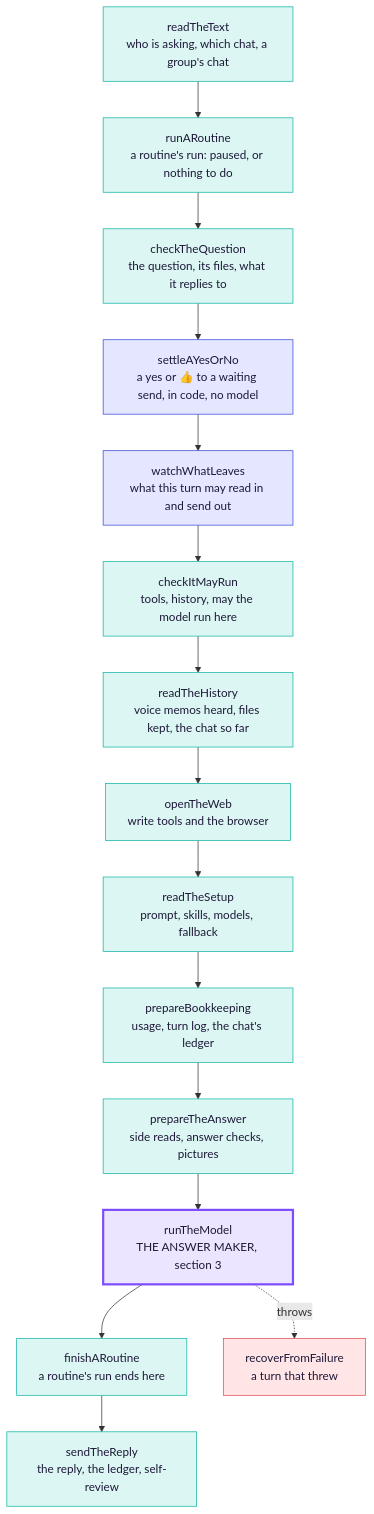
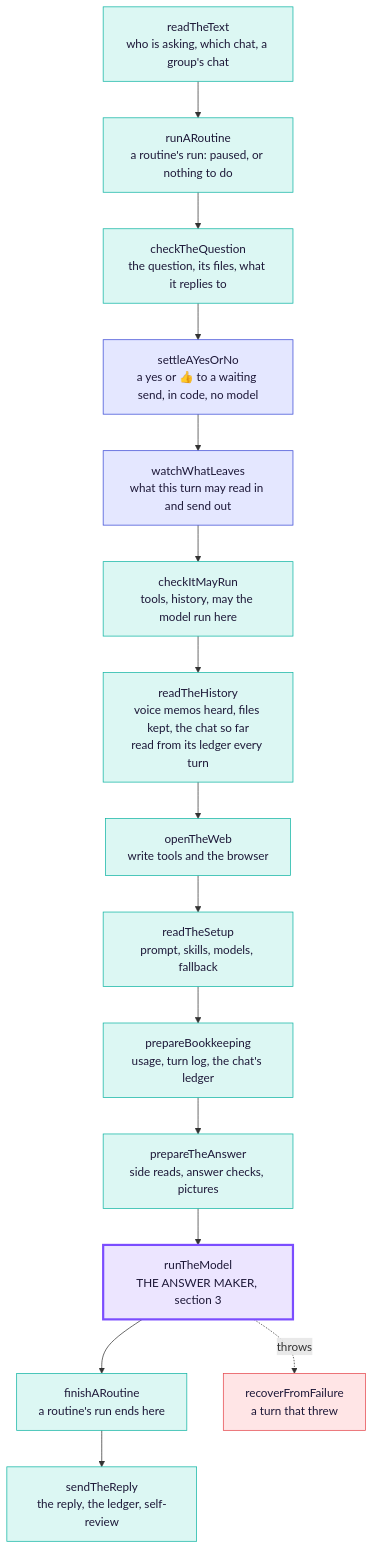
One commit to Supa-Media/context changed the second of 3 diagrams in docs/architecture/tex.md. Above: the diagram before and after it, drawn with Mermaid. The commit also changed other lines of this file and 3 other files, not shown here.

````diff
--- a/docs/architecture/tex.md
+++ b/docs/architecture/tex.md
@@ -79,24 +79,24 @@
 ```mermaid
 flowchart TB
   readTheText["readTheText<br/>who is asking, which chat, a group's chat"]:::step
   runARoutine["runARoutine<br/>a routine's run: paused, or nothing to do"]:::step
   checkTheQuestion["checkTheQuestion<br/>the question, its files, what it replies to"]:::step
   settleAYesOrNo["settleAYesOrNo<br/>a yes or 👍 to a waiting send, in code, no model"]:::rail
   watchWhatLeaves["watchWhatLeaves<br/>what this turn may read in and send out"]:::rail
   checkItMayRun["checkItMayRun<br/>tools, history, may the model run here"]:::step
-  readTheHistory["readTheHistory<br/>voice memos heard, files kept, the chat so far"]:::step
+  readTheHistory["readTheHistory<br/>voice memos heard, files kept, the chat so far<br/>read from its ledger every turn"]:::step
   openTheWeb["openTheWeb<br/>write tools and the browser"]:::step
   readTheSetup["readTheSetup<br/>prompt, skills, models, fallback"]:::step
   prepareBookkeeping["prepareBookkeeping<br/>usage, turn log, the chat's ledger"]:::step
   prepareTheAnswer["prepareTheAnswer<br/>side reads, answer checks, pictures"]:::step
   runTheModel["runTheModel<br/>THE ANSWER MAKER, section 3"]:::model
   finishARoutine["finishARoutine<br/>a routine's run ends here"]:::step
   sendTheReply["sendTheReply<br/>the reply, the ledger, self-review"]:::step
   recoverFromFailure["recoverFromFailure<br/>a turn that threw"]:::fail
   readTheText --> runARoutine --> checkTheQuestion --> settleAYesOrNo --> watchWhatLeaves --> checkItMayRun --> readTheHistory --> openTheWeb --> readTheSetup --> prepareBookkeeping --> prepareTheAnswer --> runTheModel --> finishARoutine --> sendTheReply
   runTheModel -. throws .-> recoverFromFailure
   classDef step fill:#dcf7f3,stroke:#11b5a4,color:#1d1838
   classDef rail fill:#e4e7ff,stroke:#3c4bd6,color:#1d1838
   classDef model fill:#ece5ff,stroke:#7b4dff,stroke-width:3px,color:#1d1838
   classDef fail fill:#ffe5e6,stroke:#e5484d,color:#1d1838
 ```
````
